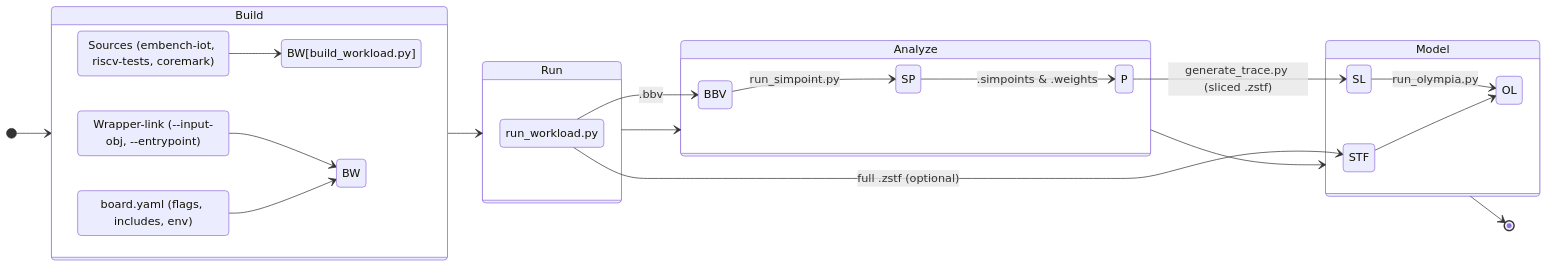
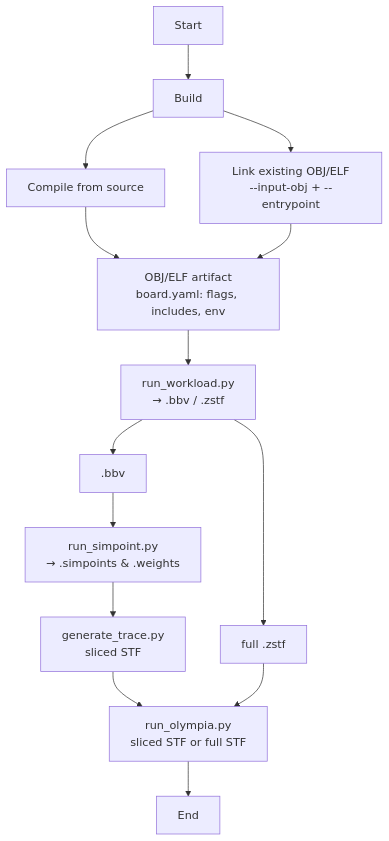
Before and after one commit to Jatin-exe/riscv-perf-model: the diagram in traces/docker_stf_trace_gen/README.md, drawn with Mermaid.

Commit message:
Fix Flow Diagram

````diff
--- a/traces/docker_stf_trace_gen/README.md
+++ b/traces/docker_stf_trace_gen/README.md
@@ -34,41 +34,34 @@
 ```mermaid
-stateDiagram-v2
-    direction LR
+flowchart TB
+classDef node fill
 
-    [*] --> Build
+%% Start
+A[Start]:::node --> B[Build]:::node
 
-    state Build {
-        direction LR
-        Src: Sources (embench-iot, riscv-tests, coremark)
-        Obj: Wrapper-link (--input-obj, --entrypoint)
-        Cfg: board.yaml (flags, includes, env)
-        Src --> BW[build_workload.py]
-        Obj --> BW
-        Cfg --> BW
-    }
+%% Build split
+B --> C[Compile from source<br/>]:::node
+B --> D[Link existing OBJ/ELF<br/>--input-obj + --entrypoint]:::node
 
-    Build --> Run
-    state Run {
-        direction LR
-        RW: run_workload.py
-        RW --> BBV: .bbv
-        RW --> STF: full .zstf (optional)
-    }
+%% Artifact
+C --> E[OBJ/ELF artifact<br/>board.yaml: flags, includes, env]:::node
+D --> E
 
-    Run --> Analyze
-    state Analyze {
-        direction LR
-        BBV --> SP: run_simpoint.py
-        SP --> P: .simpoints & .weights
-        P --> SL: generate_trace.py (sliced .zstf)
-    }
+%% Run
+E --> F[run_workload.py<br/>→ .bbv / .zstf]:::node
 
-    Analyze --> Model
-    state Model {
-        direction LR
-        SL --> OL: run_olympia.py
-        STF --> OL
-    }
+%% Outputs
+F --> G[.bbv]:::node
+F --> H[full .zstf]:::node
 
-    Model --> [*]
+%% Analyze
+G --> I[run_simpoint.py<br/>→ .simpoints &amp; .weights]:::node
+I --> J[generate_trace.py<br/>sliced STF]:::node
+
+%% Model
+J --> K[run_olympia.py<br/>sliced STF or full STF]:::node
+H --> K
+
+%% End
+K --> L[End]:::node
+
 ```
````
